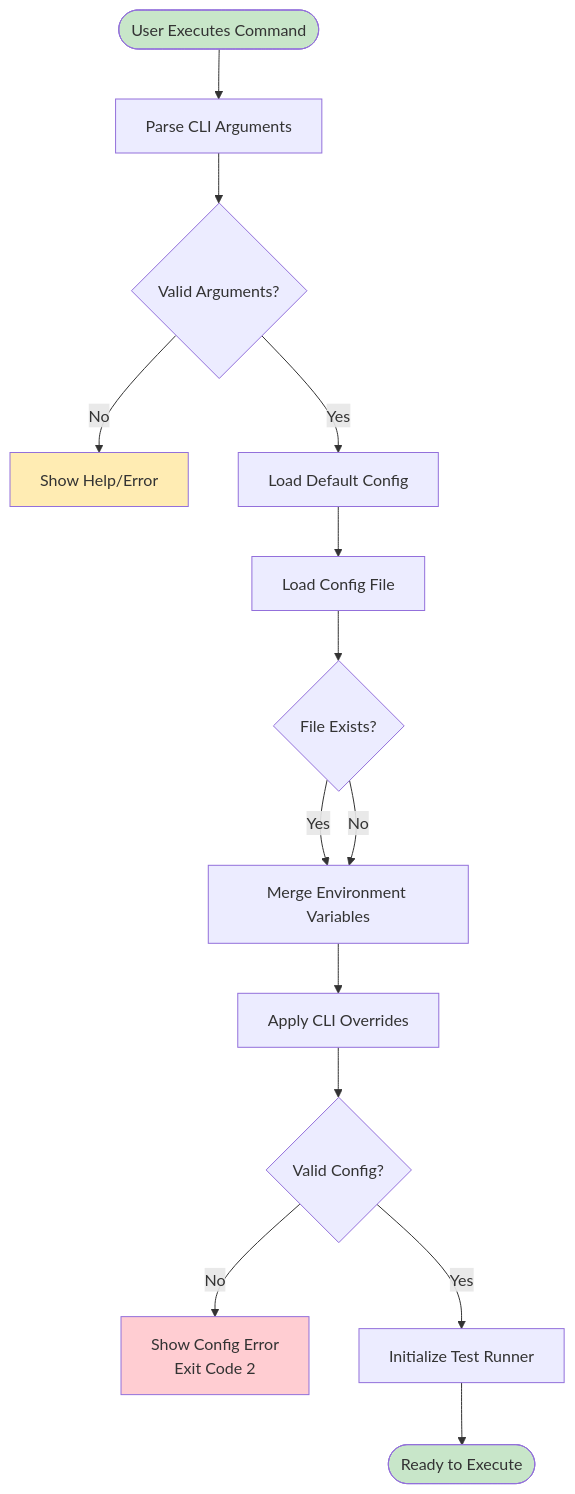
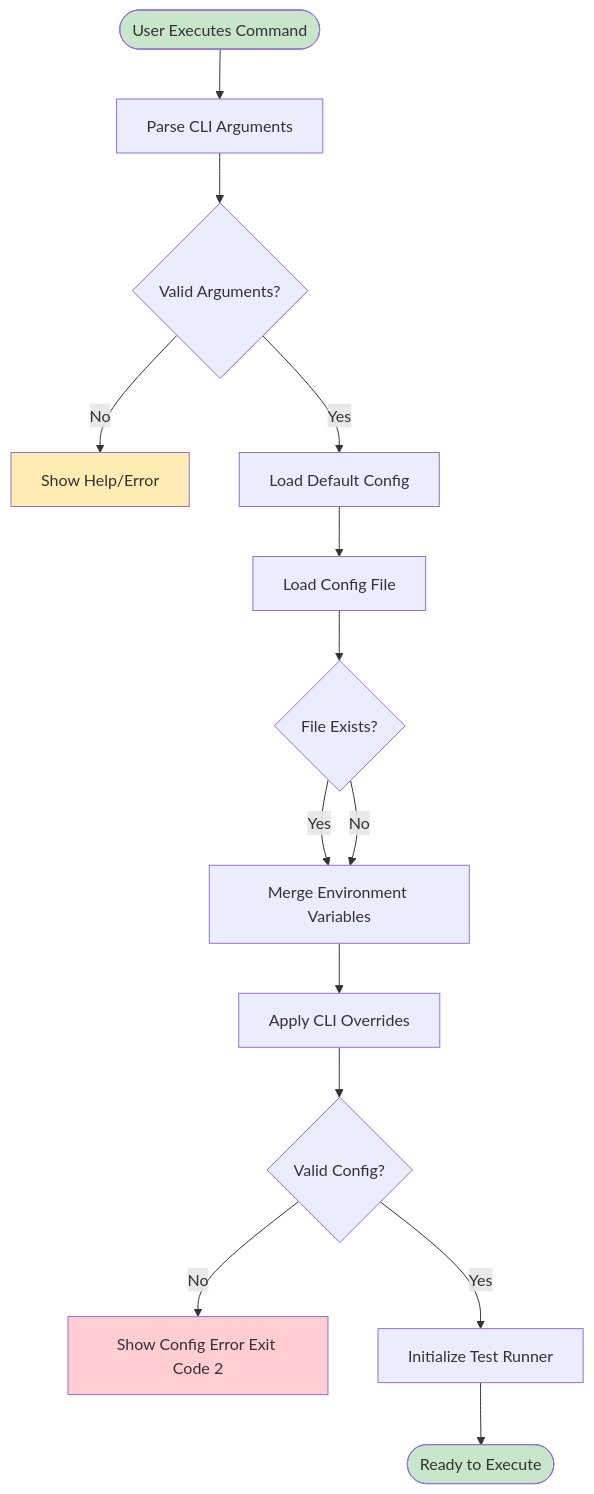
One commit to softwarewrighter/ui-test-rs changed the second of 16 diagrams in wiki/Sequences.md. Above: the diagram before and after it, drawn with Mermaid. The commit also changed other lines of this file and 10 other files, not shown here.

First line of the commit message:
Fix wiki Mermaid diagrams: remove <br/> tags

````diff
--- a/wiki/Sequences.md
+++ b/wiki/Sequences.md
@@ -60,35 +60,35 @@
 ```mermaid
 flowchart TB
     Start([User Executes Command])
     ParseArgs[Parse CLI Arguments]
     ValidateArgs{Valid Arguments?}
     ShowHelp[Show Help/Error]
     LoadDefaults[Load Default Config]
     LoadFile[Load Config File]
     FileExists{File Exists?}
     MergeEnv[Merge Environment Variables]
     ApplyCLI[Apply CLI Overrides]
     ValidateConfig{Valid Config?}
-    ConfigError[Show Config Error<br/>Exit Code 2]
+    ConfigError[Show Config Error Exit Code 2]
     InitRunner[Initialize Test Runner]
     Success([Ready to Execute])
 
     Start --> ParseArgs
     ParseArgs --> ValidateArgs
     ValidateArgs -->|No| ShowHelp
     ValidateArgs -->|Yes| LoadDefaults
     LoadDefaults --> LoadFile
     LoadFile --> FileExists
     FileExists -->|Yes| MergeEnv
     FileExists -->|No| MergeEnv
     MergeEnv --> ApplyCLI
     ApplyCLI --> ValidateConfig
     ValidateConfig -->|No| ConfigError
     ValidateConfig -->|Yes| InitRunner
     InitRunner --> Success
 
     style Start fill:#c8e6c9
     style ShowHelp fill:#ffecb3
     style ConfigError fill:#ffcdd2
     style Success fill:#c8e6c9
 ```
````
